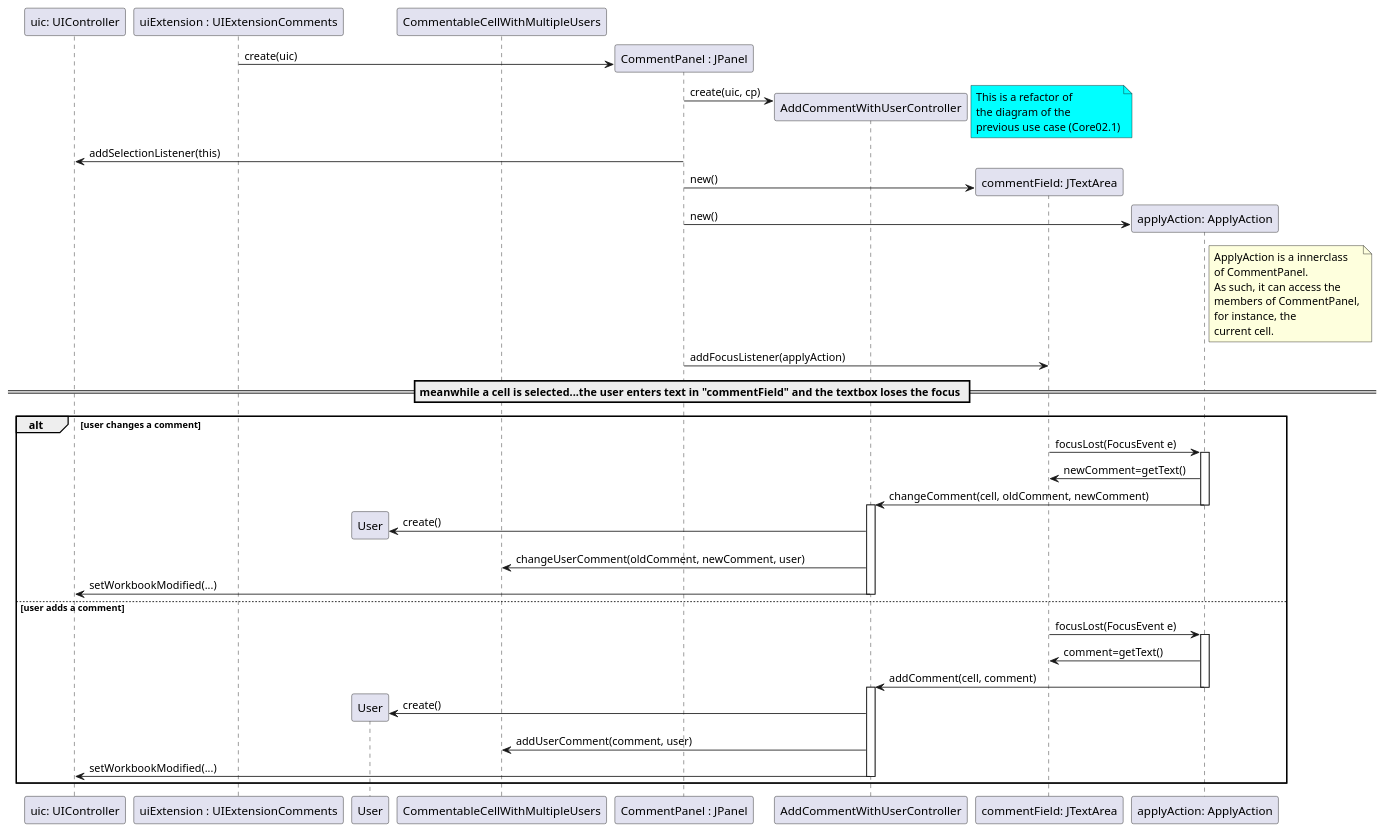
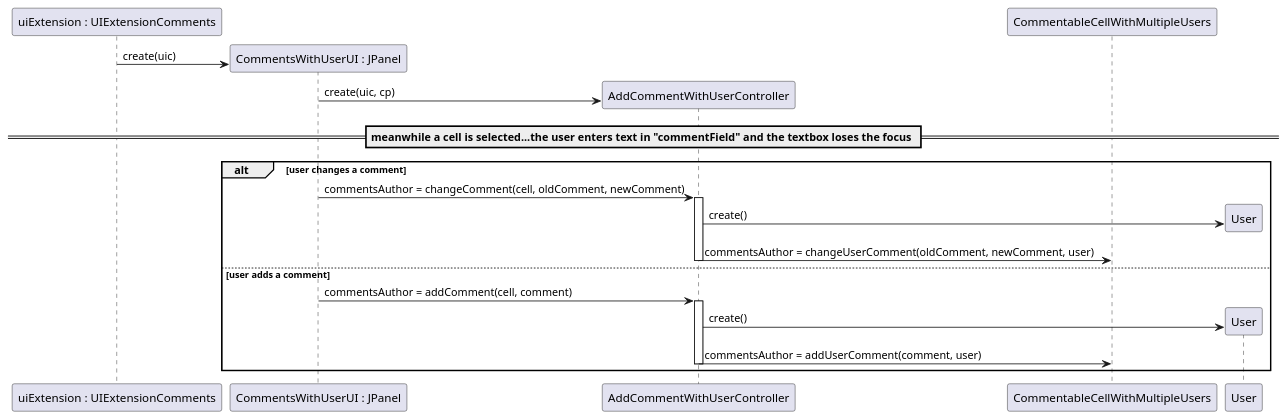
One commit to MikeTekOn/lapr4-2017-2dd changed the diagram in src/main/java/lapr4/red/s1/core/n1150690/comments/core02_02_design2.puml. Above: the diagram before and after it, drawn with PlantUML. The commit also changed 7 other files, not shown here.

Commit message:
LAPR4E17DD-7 #comment Corrections in several classes: CommentableCellWithMulipleUsers, AddCommentsWithUserController and CommentsWithUserUI

```diff
--- a/src/main/java/lapr4/red/s1/core/n1150690/comments/core02_02_design2.puml
+++ b/src/main/java/lapr4/red/s1/core/n1150690/comments/core02_02_design2.puml
@@ -1,73 +1,33 @@
 @startuml core02_01_design3.png
-    participant "uic: UIController" as uic
     participant "uiExtension : UIExtensionComments" as UIExt
+    participant "CommentsWithUserUI : JPanel" as cp
+    participant "AddCommentWithUserController" as ctrl
+    participant "CommentableCellWithMultipleUsers" as cell
     participant "User" as u
-    participant "CommentableCellWithMultipleUsers" as cell
-    participant "CommentPanel : JPanel" as cp
-    participant "AddCommentWithUserController" as ctrl
-    participant "commentField: JTextArea" as commentField
-    participant "applyAction: ApplyAction" as applyAction
     
     create cp
     UIExt -> cp :  create(uic) 
 
     create ctrl
     cp -> ctrl : create(uic, cp)
 
-    note right #aqua
-        This is a refactor of 
-        the diagram of the 
-        previous use case (Core02.1)
-    end note
-
-    
-
-    cp -> uic : addSelectionListener(this)
-    
-    create commentField
-    cp -> commentField: new()
-
-    create applyAction
-    cp -> applyAction : new()
-
-    note right of applyAction
-        ApplyAction is a innerclass 
-        of CommentPanel.
-        As such, it can access the 
-        members of CommentPanel,
-        for instance, the
-        current cell.
-    end note
-
-    cp -> commentField : addFocusListener(applyAction)
 
     == meanwhile a cell is selected...the user enters text in "commentField" and the textbox loses the focus ==
 
     alt user changes a comment
-        commentField -> applyAction : focusLost(FocusEvent e)
-        activate applyAction
-        applyAction -> commentField : newComment=getText()
-        applyAction -> ctrl : changeComment(cell, oldComment, newComment)
-        deactivate applyAction
+        cp -> ctrl : commentsAuthor = changeComment(cell, oldComment, newComment)
 
         activate ctrl
         create u
         ctrl -> u : create()
-        ctrl -> cell : changeUserComment(oldComment, newComment, user)
-        ctrl -> uic : setWorkbookModified(...)
+        ctrl -> cell : commentsAuthor = changeUserComment(oldComment, newComment, user)
         deactivate ctrl
     else user adds a comment
-        commentField -> applyAction : focusLost(FocusEvent e)
-        activate applyAction
-        applyAction -> commentField : comment=getText()
-        applyAction -> ctrl : addComment(cell, comment)
-        deactivate applyAction
+        cp -> ctrl : commentsAuthor = addComment(cell, comment)
         activate ctrl
         create u
         ctrl -> u : create()
-        ctrl -> cell : addUserComment(comment, user)
-        
-        ctrl -> uic : setWorkbookModified(...)
+        ctrl -> cell : commentsAuthor = addUserComment(comment, user)
         deactivate ctrl
     end
 @enduml
```
